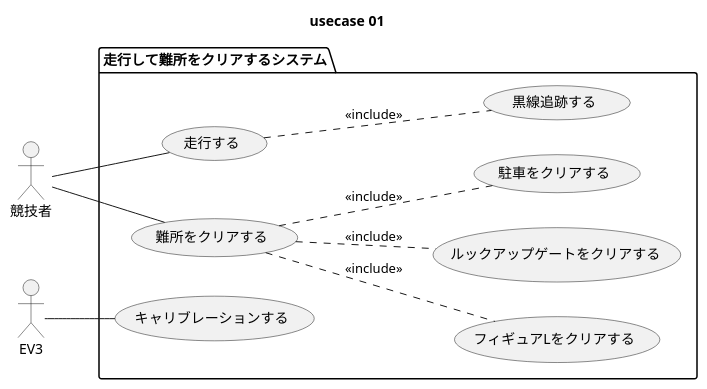
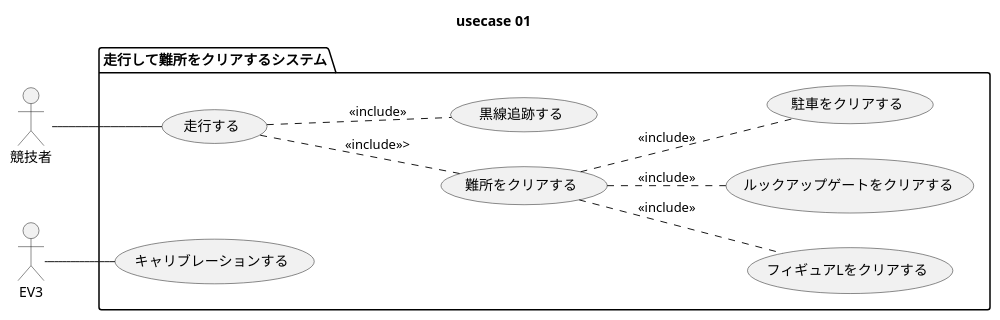
Before and after one commit to SLP-KBIT/ETR2015: the diagram in diagram/usecase/01/usecase.pu, drawn with PlantUML. The commit also changed 1 other file, not shown here.

```diff
--- a/diagram/usecase/01/usecase.pu
+++ b/diagram/usecase/01/usecase.pu
@@ -1,29 +1,29 @@
 @startuml
 
 title usecase 01
 
 actor 競技者 as user
 actor EV3 as robo
 
 left to right direction
 
 package "走行して難所をクリアするシステム" {
 
     usecase 走行する as run
     usecase 難所をクリアする as obs
     usecase キャリブレーションする as calib
     usecase 黒線追跡する as black
     usecase フィギュアLをクリアする as figy
     usecase ルックアップゲートをクリアする as gate
     usecase 駐車をクリアする as park
 }
 
 user -- run
-user -- obs
 robo -- calib
+run  .. obs   : <<include>>>
 run  .. black : <<include>>
 obs  .. figy  : <<include>>
 obs  .. gate  : <<include>>
 obs  .. park  : <<include>>
 
 @enduml
```
